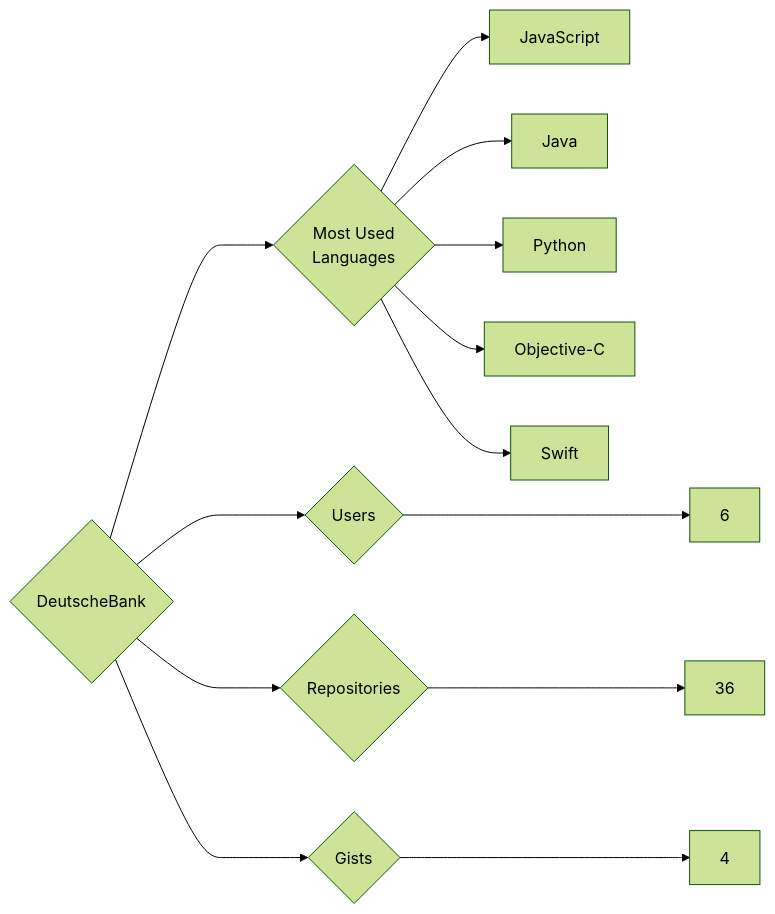
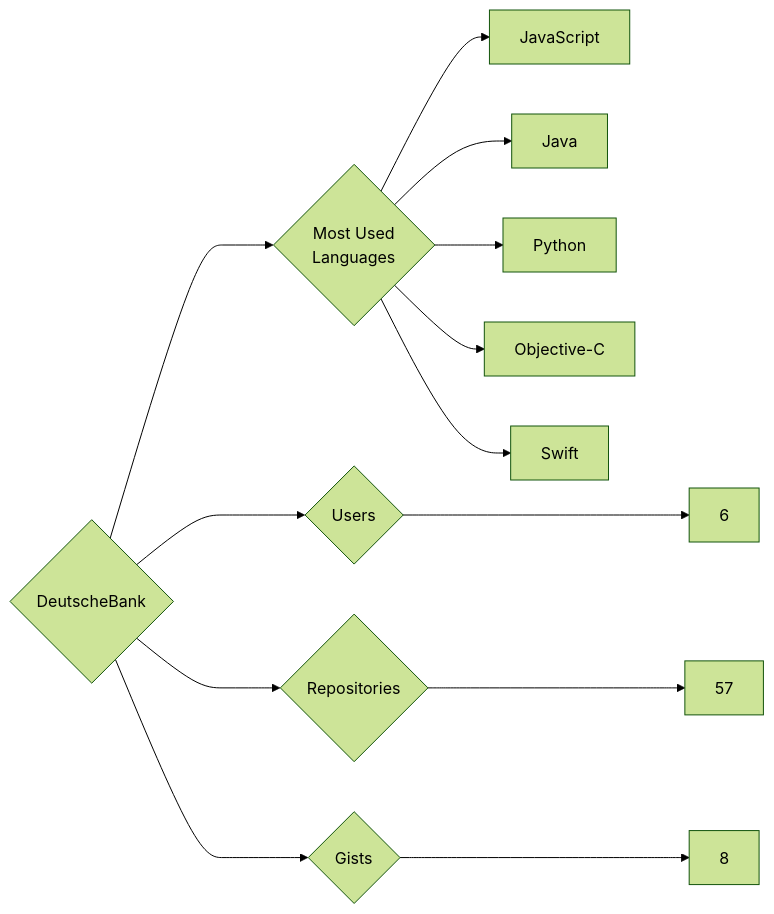
Before and after one commit to trickest/insiders: the diagram in targets/DeutscheBank/README.md, drawn with Mermaid (forest theme). The commit also changed 860 other files, not shown here.

````diff
--- a/targets/DeutscheBank/README.md
+++ b/targets/DeutscheBank/README.md
@@ -3,13 +3,13 @@
 ```mermaid
 graph LR
 COMPANY_NAME{DeutscheBank}
 COMPANY_NAME ---> U{Users} ---> UN[6]
-COMPANY_NAME ---> R{Repositories} ---> RN[36]
-COMPANY_NAME ---> G{Gists} ---> GN[4]
+COMPANY_NAME ---> R{Repositories} ---> RN[57]
+COMPANY_NAME ---> G{Gists} ---> GN[8]
 COMPANY_NAME ---> ML{Most Used<br>Languages}
 ML --> JavaScript[JavaScript]
 ML --> Java[Java]
 ML --> Python[Python]
 ML --> Objective-C[Objective-C]
 ML --> Swift[Swift]
 ```
````
